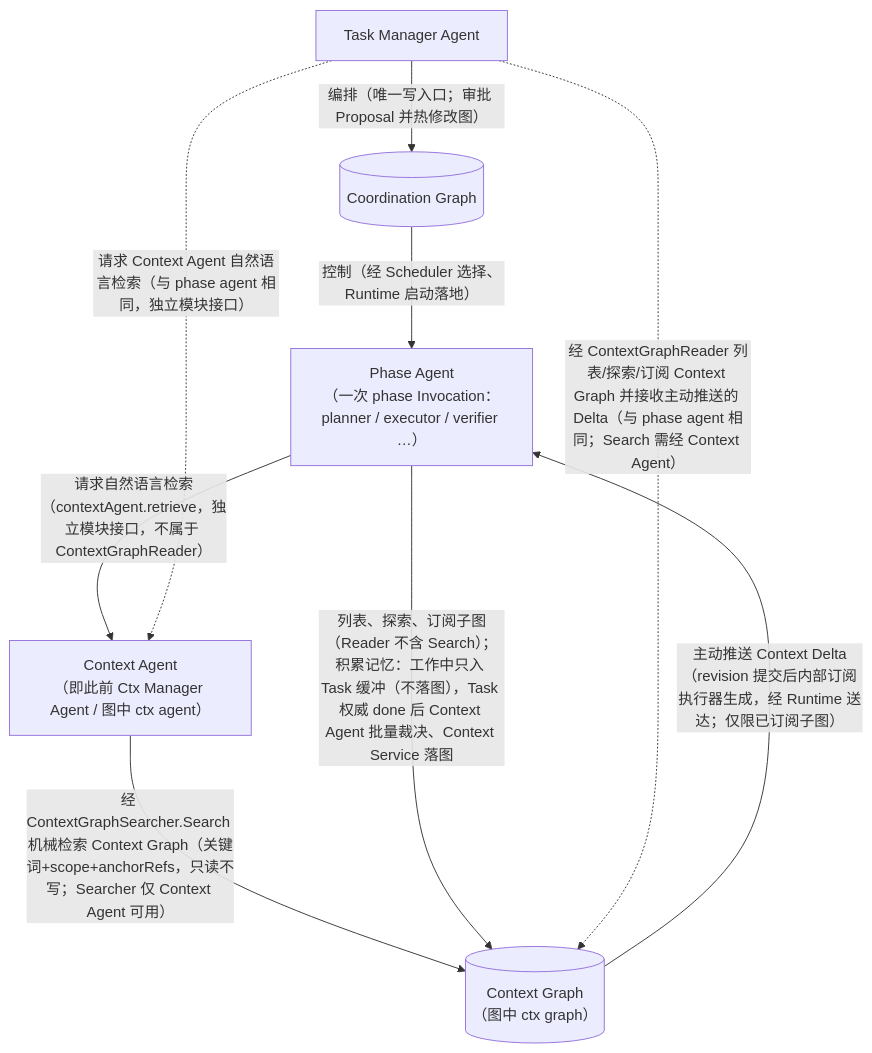
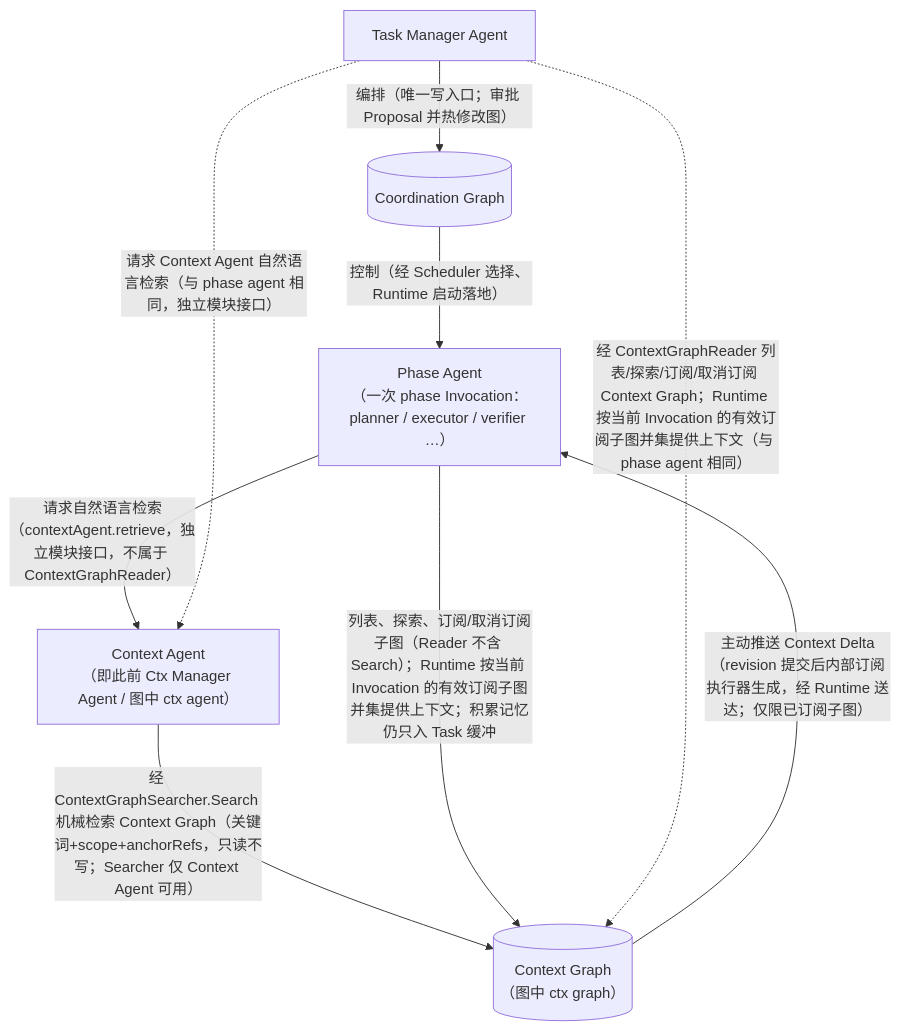
Before and after one commit to KDZZZZZZ/threadmill-AgentTeams: the first of 2 diagrams in docs/architecture.md, drawn with Mermaid. The commit also changed other lines of this file and 7 other files, not shown here.

````diff
--- a/docs/architecture.md
+++ b/docs/architecture.md
@@ -29,24 +29,24 @@
 ```mermaid
 flowchart TB
   PA["Phase Agent<br/>（一次 phase Invocation：planner / executor / verifier …）"]
   CA["Context Agent<br/>（即此前 Ctx Manager Agent / 图中 ctx agent）"]
   CX[("Context Graph<br/>（图中 ctx graph）")]
   TM["Task Manager Agent"]
   CG[("Coordination Graph")]
 
   %% 上下文闭环：Phase → Context Agent 自然语言检索（独立模块接口）
   PA -->|"请求自然语言检索（contextAgent.retrieve，独立模块接口，不属于 ContextGraphReader）"| CA
   CA -->|"经 ContextGraphSearcher.Search 机械检索 Context Graph（关键词+scope+anchorRefs，只读不写；Searcher 仅 Context Agent 可用）"| CX
   CX -->|"主动推送 Context Delta（revision 提交后内部订阅执行器生成，经 Runtime 送达；仅限已订阅子图）"| PA
 
-  %% 上下文闭环：Phase → Context Graph 列表 / 探索 / 订阅
-  PA -->|"列表、探索、订阅子图（Reader 不含 Search）；积累记忆：工作中只入 Task 缓冲（不落图），Task 权威 done 后 Context Agent 批量裁决、Context Service 落图"| CX
+  %% 上下文闭环：Phase → Context Graph 列表 / 探索 / 订阅生命周期
+  PA -->|"列表、探索、订阅/取消订阅子图（Reader 不含 Search）；Runtime 按当前 Invocation 的有效订阅子图并集提供上下文；积累记忆仍只入 Task 缓冲"| CX
 
   %% 协调链
   TM -->|"编排（唯一写入口；审批 Proposal 并热修改图）"| CG
   CG -->|"控制（经 Scheduler 选择、Runtime 启动落地）"| PA
 
   %% Task Manager 与 phase agent 相同的 Context 操作
   TM -.->|"请求 Context Agent 自然语言检索（与 phase agent 相同，独立模块接口）"| CA
-  TM -.->|"经 ContextGraphReader 列表/探索/订阅 Context Graph 并接收主动推送的 Delta（与 phase agent 相同；Search 需经 Context Agent）"| CX
+  TM -.->|"经 ContextGraphReader 列表/探索/订阅/取消订阅 Context Graph；Runtime 按当前 Invocation 的有效订阅子图并集提供上下文（与 phase agent 相同）"| CX
 ```
````
